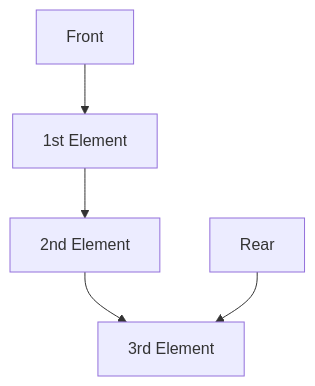
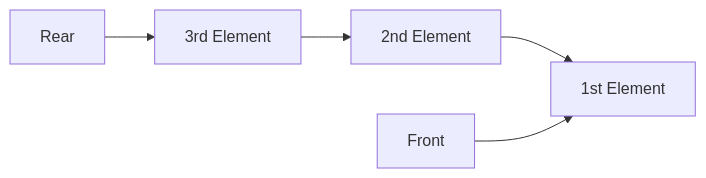
Before and after one commit to JohnTrunix/sandbox: the diagram in datastructures/queue/README.md, drawn with Mermaid.

Commit message:
docs(queue): change mermaid graph

````diff
--- a/datastructures/queue/README.md
+++ b/datastructures/queue/README.md
@@ -5,14 +5,14 @@
 ```mermaid
-graph TD
+graph LR
     R[Rear]
     F[Front]
     E1[1st Element]
     E2[2nd Element]
     E3[3rd Element]
     
     
-    E1 --> E2
-    E2 --> E3
+    R --> E3
+    E3 --> E2
+    E2 --> E1
     F --> E1
-    R --> E3
 ```
````
